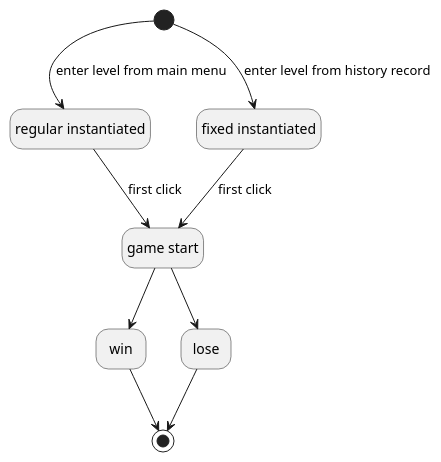
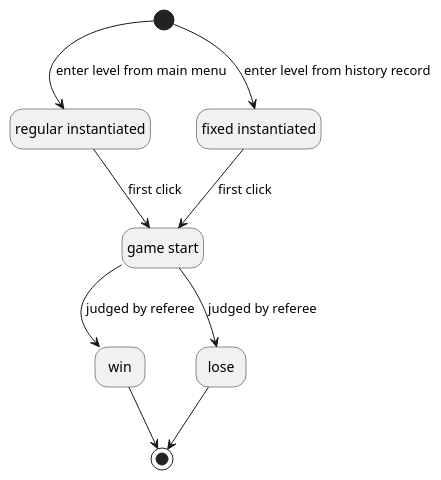
One commit to SnekTech/SnekSweeper changed the diagram in src/SnekSweeperCore/Diagrams/grid-state.puml. Above: the diagram before and after it, drawn with PlantUML. The commit also changed 13 other files, not shown here.

```diff
--- a/src/SnekSweeperCore/Diagrams/grid-state.puml
+++ b/src/SnekSweeperCore/Diagrams/grid-state.puml
@@ -1,24 +1,24 @@
 @startuml
 'https://plantuml.com/state-diagram
 
 hide empty description
 
 state "regular instantiated" as regularInstantiated
 state "fixed instantiated" as fixedInstantiated
 state "game start" as gameStart
 state win
 state lose
 
 [*] --> regularInstantiated : enter level from main menu
 [*] --> fixedInstantiated : enter level from history record
 
 regularInstantiated --> gameStart : first click
 fixedInstantiated --> gameStart : first click
 
-gameStart --> win
-gameStart --> lose
+gameStart --> win : judged by referee
+gameStart --> lose : judged by referee
 
 win --> [*]
 lose --> [*]
 
 @enduml
```
